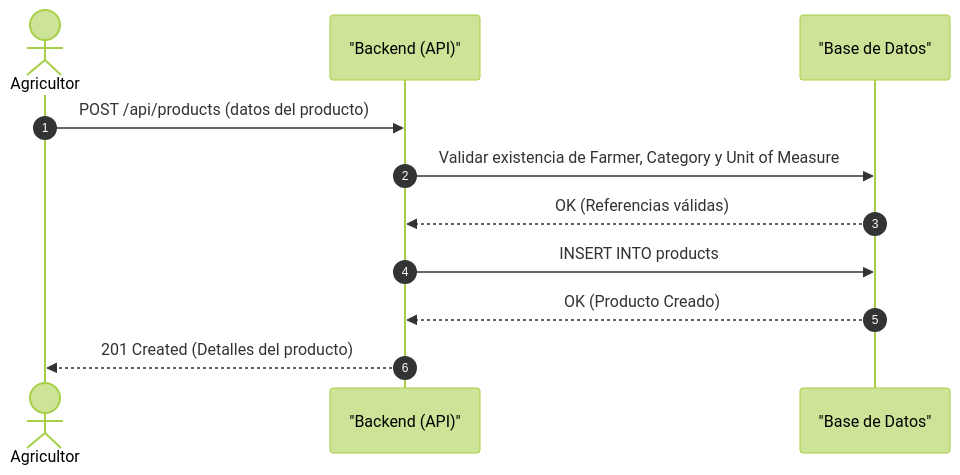
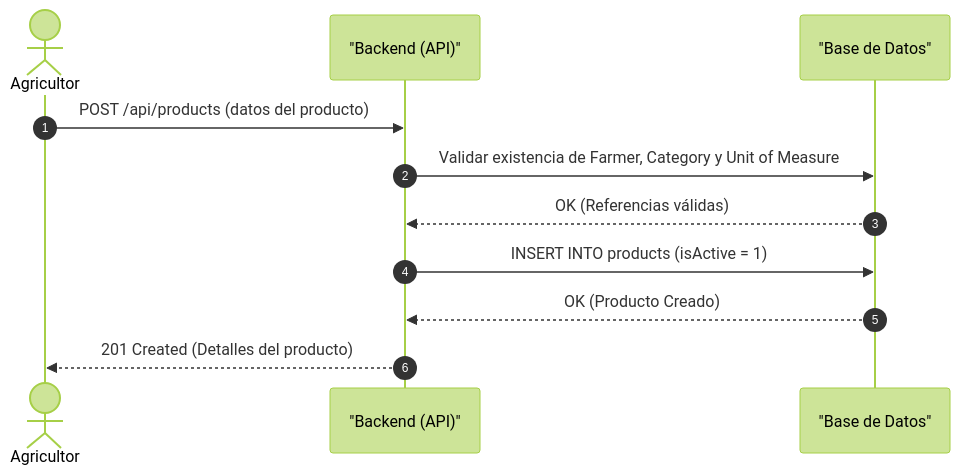
One commit to jbolivarz94/Diplomano.NET changed the second of 6 diagrams in retos/proyecto-final/MarketPlace/README.md. Above: the diagram before and after it, drawn with Mermaid (forest theme). The commit also changed other lines of this file and 7 other files, not shown here.

````diff
--- a/retos/proyecto-final/MarketPlace/README.md
+++ b/retos/proyecto-final/MarketPlace/README.md
@@ -134,14 +150,14 @@
 ```mermaid
 sequenceDiagram
     autonumber
     actor Agricultor
     participant API as "Backend (API)"
     participant DB as "Base de Datos"
 
     Agricultor->>API: POST /api/products (datos del producto)
     API->>DB: Validar existencia de Farmer, Category y Unit of Measure
     DB-->>API: OK (Referencias válidas)
-    API->>DB: INSERT INTO products
+    API->>DB: INSERT INTO products (isActive = 1)
     DB-->>API: OK (Producto Creado)
     API-->>Agricultor: 201 Created (Detalles del producto)
 ```
````
